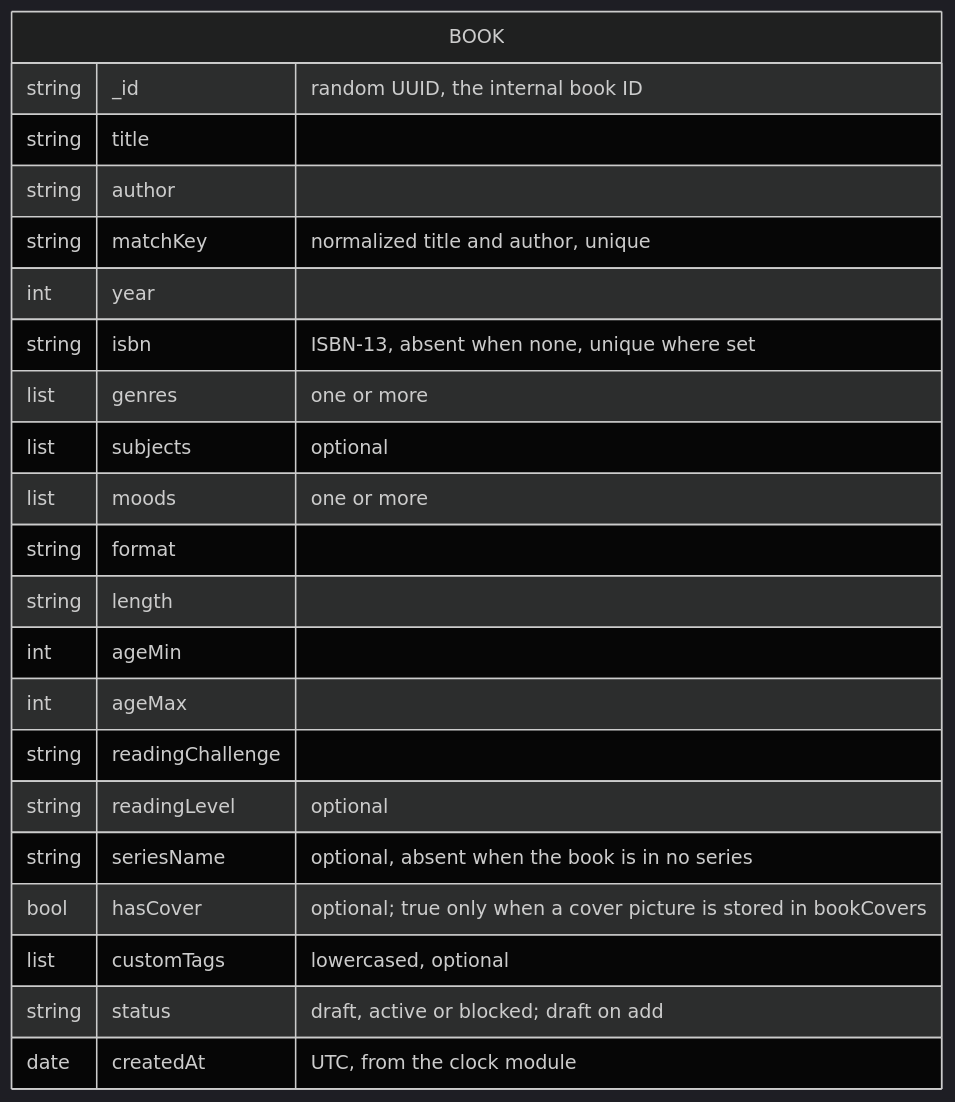
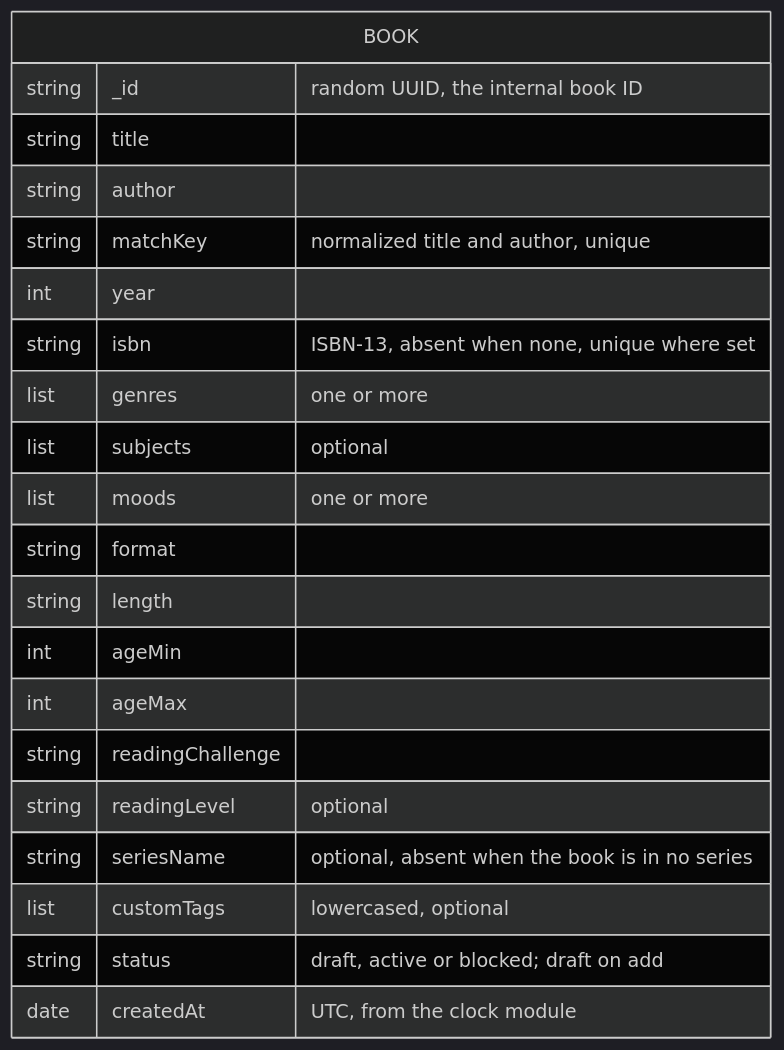
One commit to videogames21/book_buddies changed the third of 3 diagrams in design/adm.md. Above: the diagram before and after it, drawn with Mermaid (dark theme). The commit also changed other lines of this file and 3 other files, not shown here.

Commit message:
Took cover picture out of this PR.

````diff
--- a/design/adm.md
+++ b/design/adm.md
@@ -197,25 +193,24 @@
 ```mermaid
 erDiagram
     BOOK {
         string _id "random UUID, the internal book ID"
         string title
         string author
         string matchKey "normalized title and author, unique"
         int year
         string isbn "ISBN-13, absent when none, unique where set"
         list genres "one or more"
         list subjects "optional"
         list moods "one or more"
         string format
         string length
         int ageMin
         int ageMax
         string readingChallenge
         string readingLevel "optional"
         string seriesName "optional, absent when the book is in no series"
-        bool hasCover "optional; true only when a cover picture is stored in bookCovers"
         list customTags "lowercased, optional"
         string status "draft, active or blocked; draft on add"
         date createdAt "UTC, from the clock module"
     }
 ```
````
